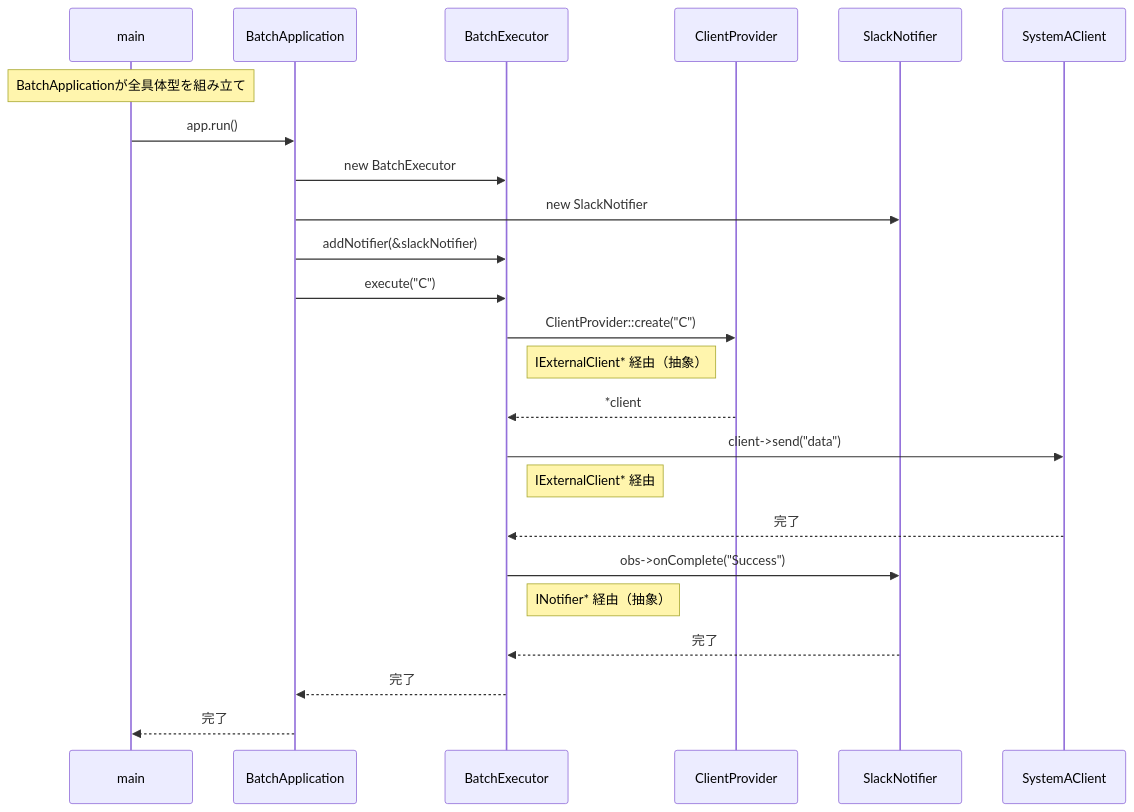
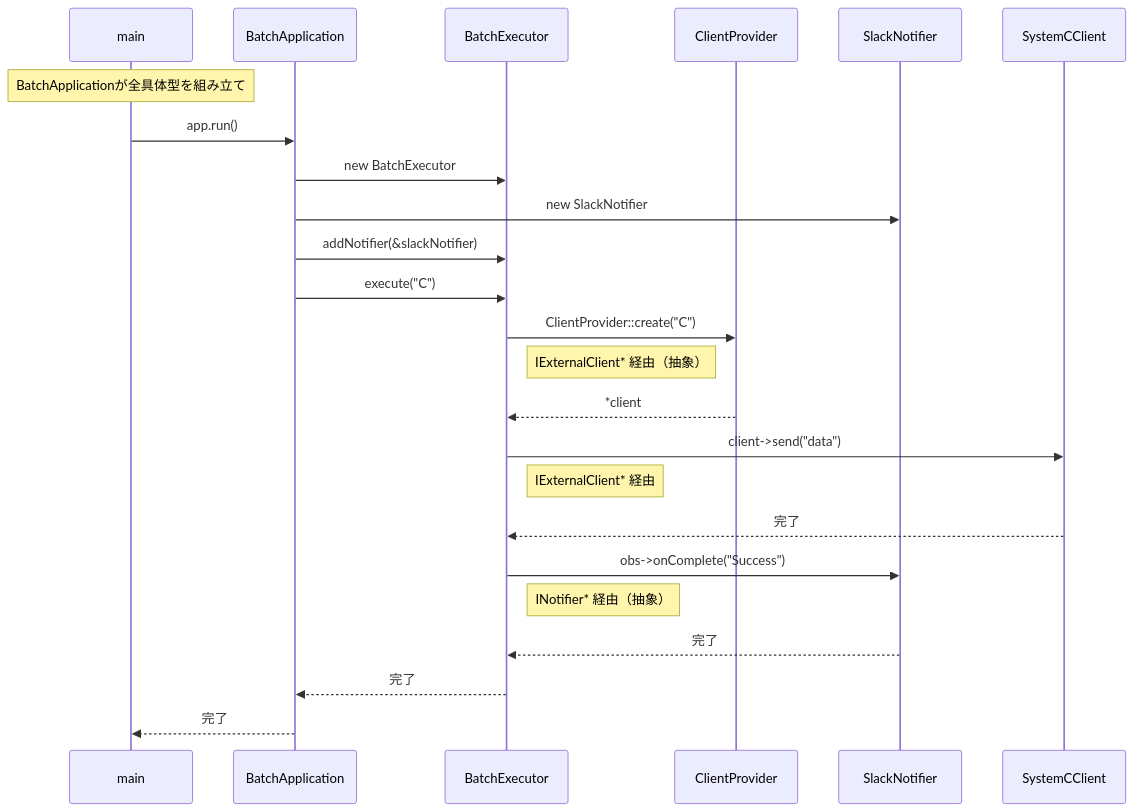
The third of 5 diagrams in kindle/design-patterns/output/chapter10.md (kumachan1101-pixel/DesignPattern), drawn with Mermaid before and after one commit. The commit also changed other lines of this file and 13 other files, not shown here.

````diff
--- a/kindle/design-patterns/output/chapter10.md
+++ b/kindle/design-patterns/output/chapter10.md
@@ -871,26 +887,26 @@
 ```mermaid
 sequenceDiagram
     participant main
     participant BA as BatchApplication
     participant BE as BatchExecutor
     participant CP as ClientProvider
     participant SN as SlackNotifier
-    participant SA as SystemAClient
+    participant SC as SystemCClient
     Note over main: BatchApplicationが全具体型を組み立て
     main->>BA: app.run()
     BA->>BE: new BatchExecutor
     BA->>SN: new SlackNotifier
     BA->>BE: addNotifier(&slackNotifier)
     BA->>BE: execute("C")
     BE->>CP: ClientProvider::create("C")
     Note right of BE: IExternalClient* 経由（抽象）
     CP-->>BE: *client
-    BE->>SA: client->send("data")
+    BE->>SC: client->send("data")
     Note right of BE: IExternalClient* 経由
-    SA-->>BE: 完了
+    SC-->>BE: 完了
     BE->>SN: obs->onComplete("Success")
     Note right of BE: INotifier* 経由（抽象）
     SN-->>BE: 完了
     BE-->>BA: 完了
     BA-->>main: 完了
 ```
````
